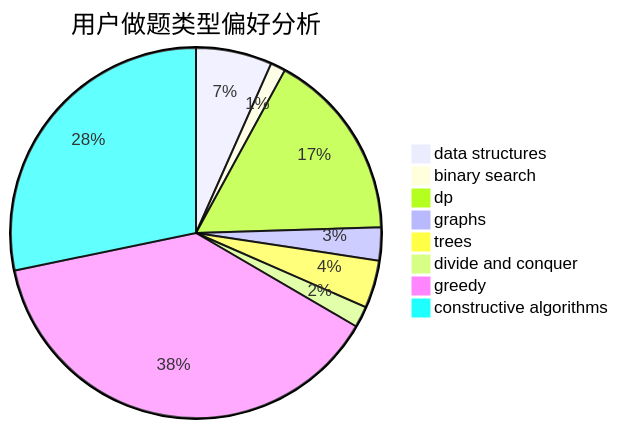
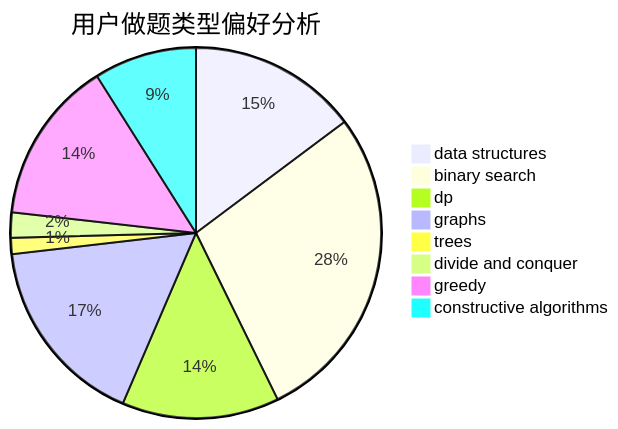
The second of 3 diagrams in docs/user/u1768.md (sherpahu/cfrs.github.io), drawn with Mermaid before and after one commit. The commit also changed other lines of this file and 2770 other files, not shown here.

````diff
--- a/docs/user/u1768.md
+++ b/docs/user/u1768.md
@@ -23,11 +23,11 @@
 ```mermaid
 pie title 用户做题类型偏好分析
-    "data structures" :  147
-    "binary search" :  29
-    "dp" :  366
-    "graphs" :  64
-    "trees" :  92
-    "divide and conquer" :  41
-    "greedy" :  848
-    "constructive algorithms" :  625
+    "data structures" :  221
+    "binary search" :  418
+    "dp" :  205
+    "graphs" :  250
+    "trees" :  21
+    "divide and conquer" :  33
+    "greedy" :  213
+    "constructive algorithms" :  134
 ```
````
